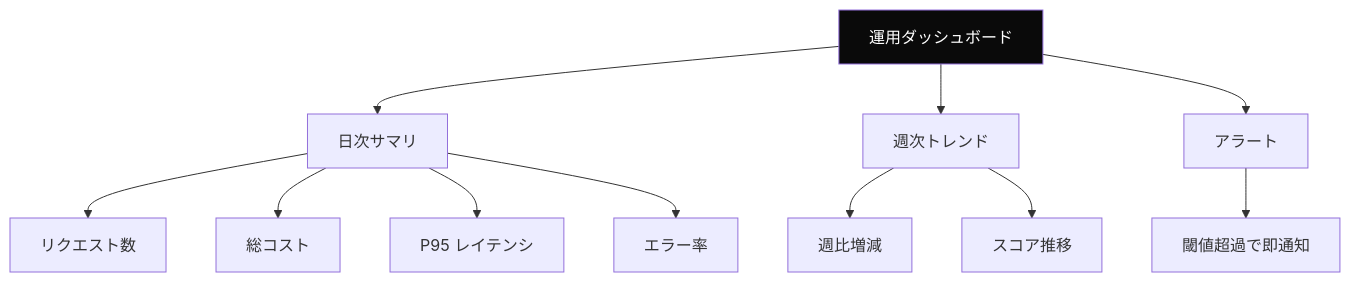
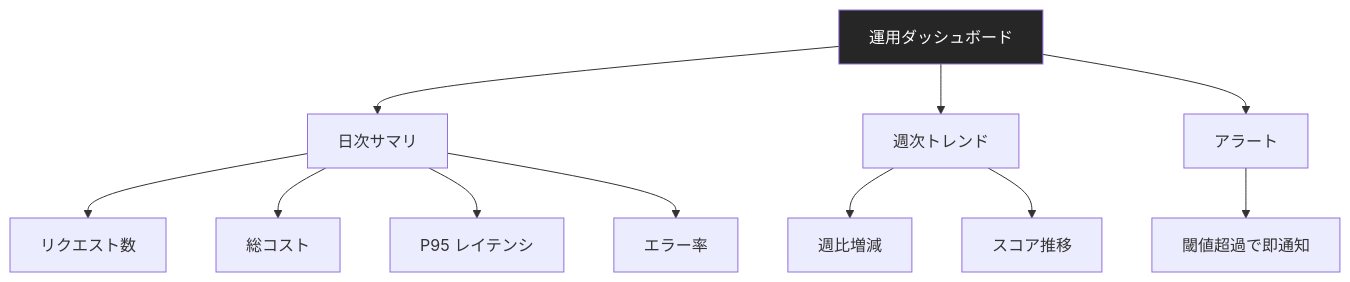
Before and after one commit to dinekt/dinekt-wiki: the third of 3 diagrams in docs/tech-notes/ai-エージェント運用の-10-メトリクス.md, drawn with Mermaid. The commit also changed other lines of this file and 71 other files, not shown here.

First line of the commit message:
fix: mermaid readability + remove GitHub repo toolbar

````diff
--- a/docs/tech-notes/ai-エージェント運用の-10-メトリクス.md
+++ b/docs/tech-notes/ai-エージェント運用の-10-メトリクス.md
@@ -130,18 +130,18 @@
 ```mermaid
 flowchart TD
     D[運用ダッシュボード] --> T1[日次サマリ]
     D --> T2[週次トレンド]
     D --> T3[アラート]
 
     T1 --> A[リクエスト数]
     T1 --> B[総コスト]
     T1 --> C[P95 レイテンシ]
     T1 --> E[エラー率]
 
     T2 --> F[週比増減]
     T2 --> G[スコア推移]
 
     T3 --> H[閾値超過で即通知]
 
-    style D fill:#0a0a0a,color:#fff
+    style D fill:#262626,color:#fff
 ```
````
